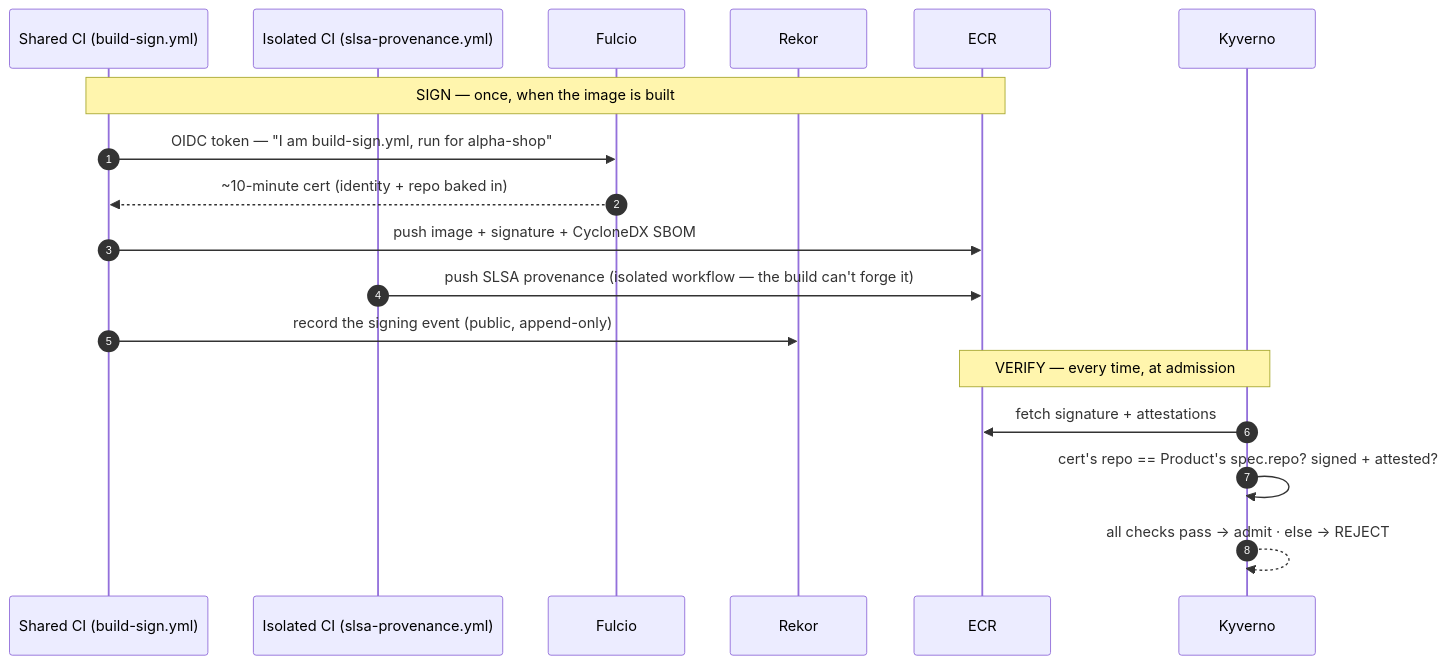
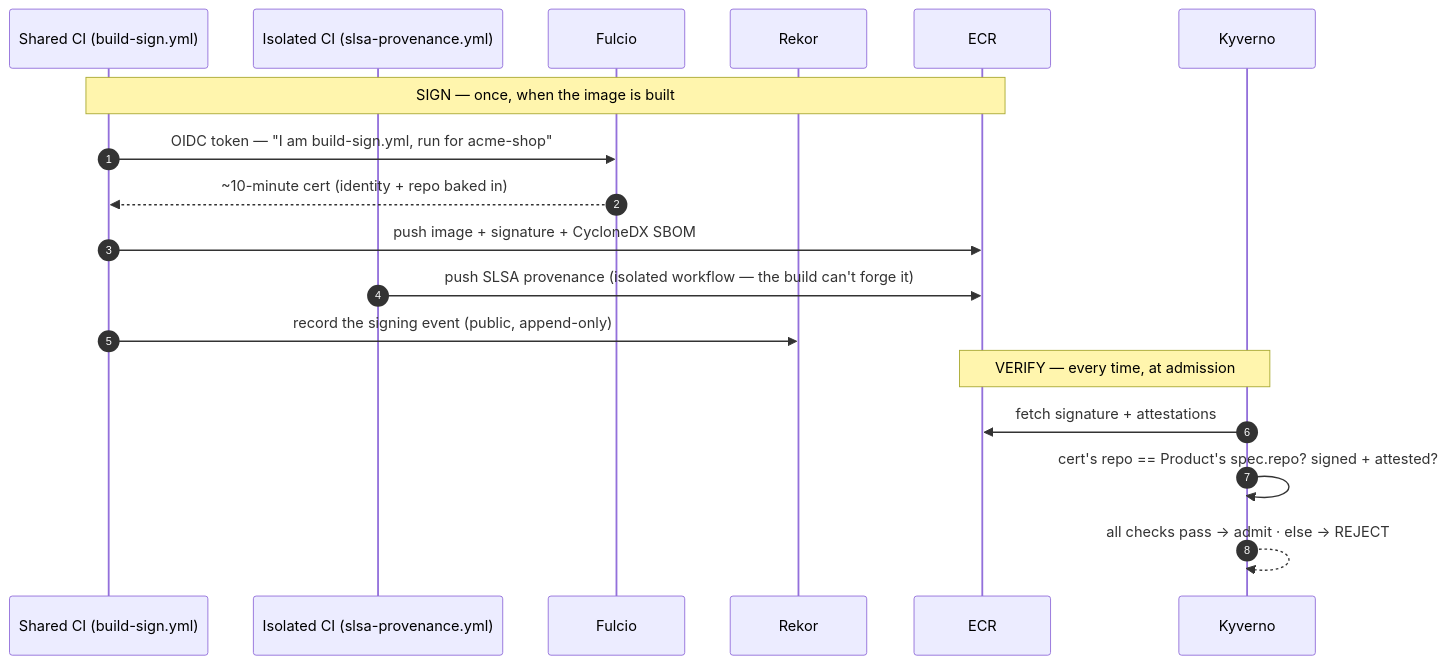
One commit to asanexample/platform changed the diagram in docs/learn/supply-chain/orientation.md. Above: the diagram before and after it, drawn with Mermaid. The commit also changed other lines of this file and 101 other files, not shown here.

First line of the commit message:
docs(learn): coherence + human-voice rewrite + Claude-designed diagrams

````diff
--- a/docs/learn/supply-chain/orientation.md
+++ b/docs/learn/supply-chain/orientation.md
@@ -164,22 +149,22 @@
 ```mermaid
 sequenceDiagram
     autonumber
     participant CI as Shared CI (build-sign.yml)
     participant SLSA as Isolated CI (slsa-provenance.yml)
     participant Fulcio
     participant Rekor
     participant ECR
     participant Kyverno
 
     Note over CI,ECR: SIGN — once, when the image is built
-    CI->>Fulcio: OIDC token — "I am build-sign.yml, run for alpha-shop"
+    CI->>Fulcio: OIDC token — "I am build-sign.yml, run for acme-shop"
     Fulcio-->>CI: ~10-minute cert (identity + repo baked in)
     CI->>ECR: push image + signature + CycloneDX SBOM
     SLSA->>ECR: push SLSA provenance (isolated workflow — the build can't forge it)
     CI->>Rekor: record the signing event (public, append-only)
 
     Note over ECR,Kyverno: VERIFY — every time, at admission
     Kyverno->>ECR: fetch signature + attestations
     Kyverno->>Kyverno: cert's repo == Product's spec.repo? signed + attested?
     Kyverno-->>Kyverno: all checks pass → admit · else → REJECT
 ```
````
